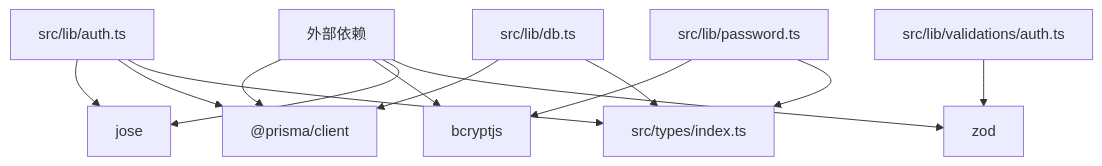
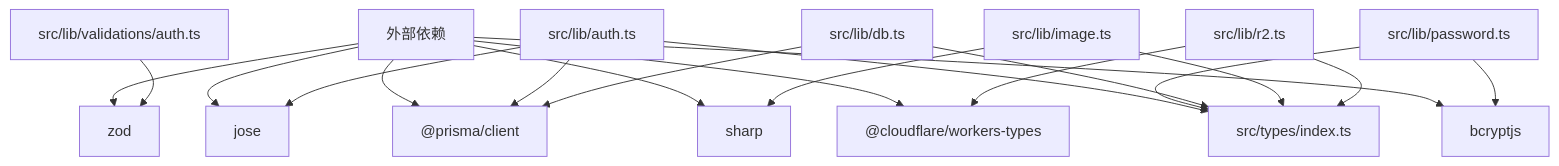
The sixth of 6 diagrams in .qoder/repowiki/zh/content/API接口文档/API接口文档.md (three3638-arch/celestia_2b), drawn with Mermaid before and after one commit. The commit also changed other lines of this file and 17 other files, not shown here.

````diff
--- a/.qoder/repowiki/zh/content/API接口文档/API接口文档.md
+++ b/.qoder/repowiki/zh/content/API接口文档/API接口文档.md
@@ -303,25 +401,35 @@
 ```mermaid
 graph TB
 DEPS["外部依赖"]
 PRISMA["@prisma/client"]
 BCRYPT["bcryptjs"]
 JOSE["jose"]
 ZOD["zod"]
+SHARP["sharp"]
+R2["@cloudflare/workers-types"]
 LIB_AUTH["src/lib/auth.ts"]
 LIB_PASS["src/lib/password.ts"]
 LIB_DB["src/lib/db.ts"]
 LIB_VALID["src/lib/validations/auth.ts"]
+LIB_IMAGE["src/lib/image.ts"]
+LIB_R2["src/lib/r2.ts"]
 TYPES["src/types/index.ts"]
 DEPS --> PRISMA
 DEPS --> BCRYPT
 DEPS --> JOSE
 DEPS --> ZOD
+DEPS --> SHARP
+DEPS --> R2
 LIB_AUTH --> JOSE
 LIB_AUTH --> PRISMA
 LIB_PASS --> BCRYPT
 LIB_DB --> PRISMA
 LIB_VALID --> ZOD
+LIB_IMAGE --> SHARP
+LIB_R2 --> R2
 LIB_AUTH --> TYPES
 LIB_PASS --> TYPES
 LIB_DB --> TYPES
+LIB_IMAGE --> TYPES
+LIB_R2 --> TYPES
 ```
````
